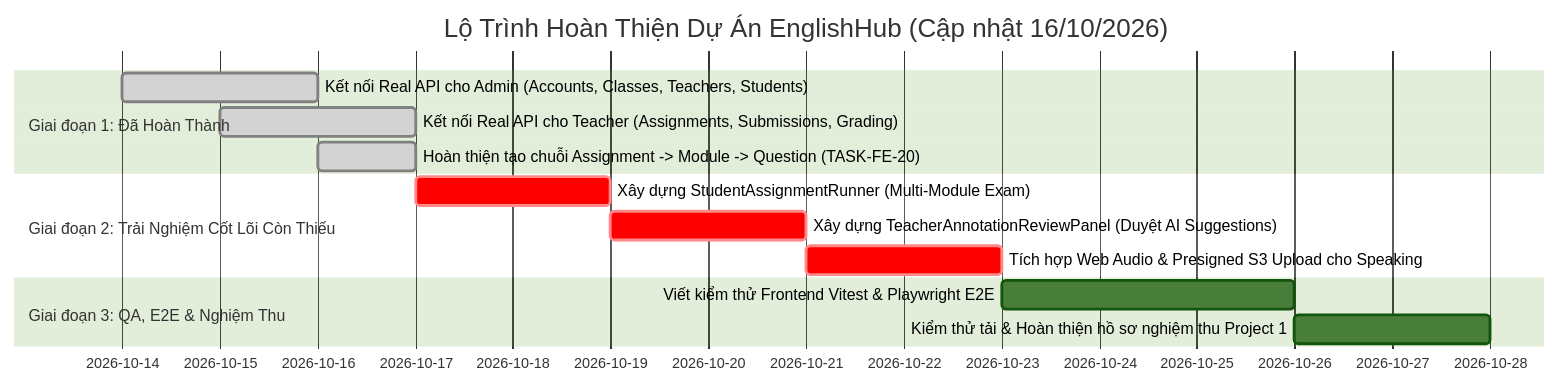
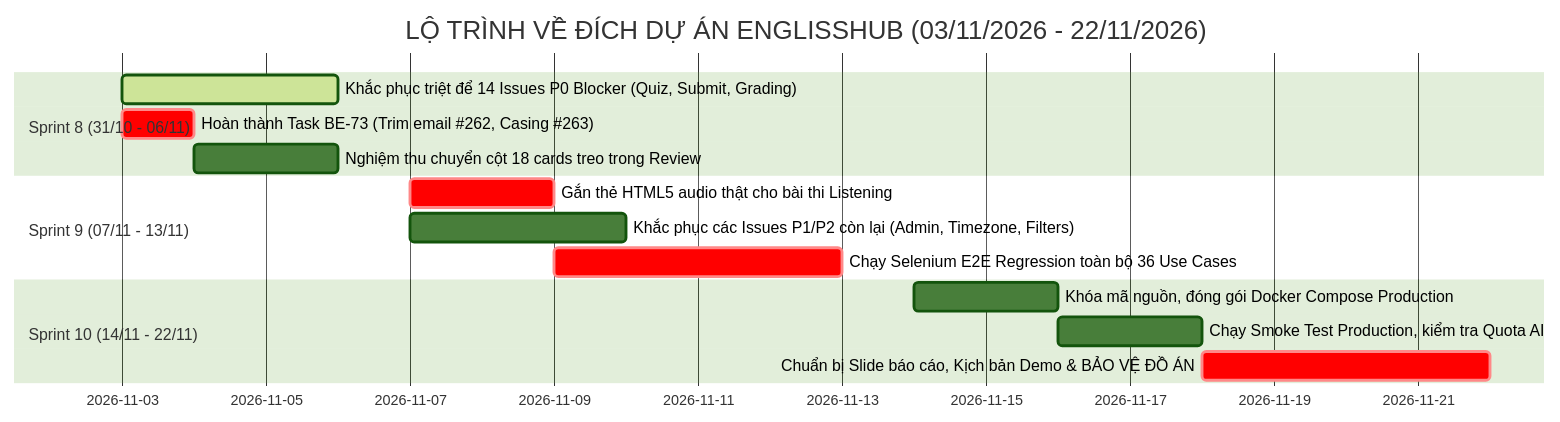
Before and after one commit to hotung9108/EnglishHub: the second of 2 diagrams in docs/CORE_GAP_ANALYSIS.md, drawn with Mermaid (forest theme). The commit also changed other lines of this file and 11 other files, not shown here.

````diff
--- a/docs/CORE_GAP_ANALYSIS.md
+++ b/docs/CORE_GAP_ANALYSIS.md
@@ -133,16 +116,17 @@
 ```mermaid
 gantt
-    title Lộ Trình Hoàn Thiện Dự Án EnglishHub (Cập nhật 16/10/2026)
+    title LỘ TRÌNH VỀ ĐÍCH DỰ ÁN ENGLISSHUB (03/11/2026 - 22/11/2026)
     dateFormat  YYYY-MM-DD
-    section Giai đoạn 1: Đã Hoàn Thành
-    Kết nối Real API cho Admin (Accounts, Classes, Teachers, Students) :done, s1, 2026-10-14, 2d
-    Kết nối Real API cho Teacher (Assignments, Submissions, Grading)   :done, s2, 2026-10-15, 2d
-    Hoàn thiện tạo chuỗi Assignment -> Module -> Question (TASK-FE-20)  :done, s3, 2026-10-16, 1d
-    section Giai đoạn 2: Trải Nghiệm Cốt Lõi Còn Thiếu
-    Xây dựng StudentAssignmentRunner (Multi-Module Exam)             :crit, s4, 2026-10-17, 2d
-    Xây dựng TeacherAnnotationReviewPanel (Duyệt AI Suggestions)     :crit, s5, 2026-10-19, 2d
-    Tích hợp Web Audio & Presigned S3 Upload cho Speaking            :crit, s6, 2026-10-21, 2d
-    section Giai đoạn 3: QA, E2E & Nghiệm Thu
-    Viết kiểm thử Frontend Vitest & Playwright E2E                  :s7, 2026-10-23, 3d
-    Kiểm thử tải & Hoàn thiện hồ sơ nghiệm thu Project 1             :s8, 2026-10-26, 2d
+    section Sprint 8 (31/10 - 06/11)
+    Khắc phục triệt để 14 Issues P0 Blocker (Quiz, Submit, Grading) :active, s8_1, 2026-11-03, 2026-11-06
+    Hoàn thành Task BE-73 (Trim email #262, Casing #263)           :crit, s8_2, 2026-11-03, 2026-11-04
+    Nghiệm thu chuyển cột 18 cards treo trong Review               :s8_3, 2026-11-04, 2026-11-06
+    section Sprint 9 (07/11 - 13/11)
+    Gắn thẻ HTML5 audio thật cho bài thi Listening                 :crit, s9_1, 2026-11-07, 2026-11-09
+    Khắc phục các Issues P1/P2 còn lại (Admin, Timezone, Filters)  :s9_2, 2026-11-07, 2026-11-10
+    Chạy Selenium E2E Regression toàn bộ 36 Use Cases             :crit, s9_3, 2026-11-09, 2026-11-13
+    section Sprint 10 (14/11 - 22/11)
+    Khóa mã nguồn, đóng gói Docker Compose Production              :s10_1, 2026-11-14, 2026-11-16
+    Chạy Smoke Test Production, kiểm tra Quota AI                  :s10_2, 2026-11-16, 2026-11-18
+    Chuẩn bị Slide báo cáo, Kịch bản Demo & BẢO VỆ ĐỒ ÁN           :crit, s10_3, 2026-11-18, 2026-11-22
 ```
````
